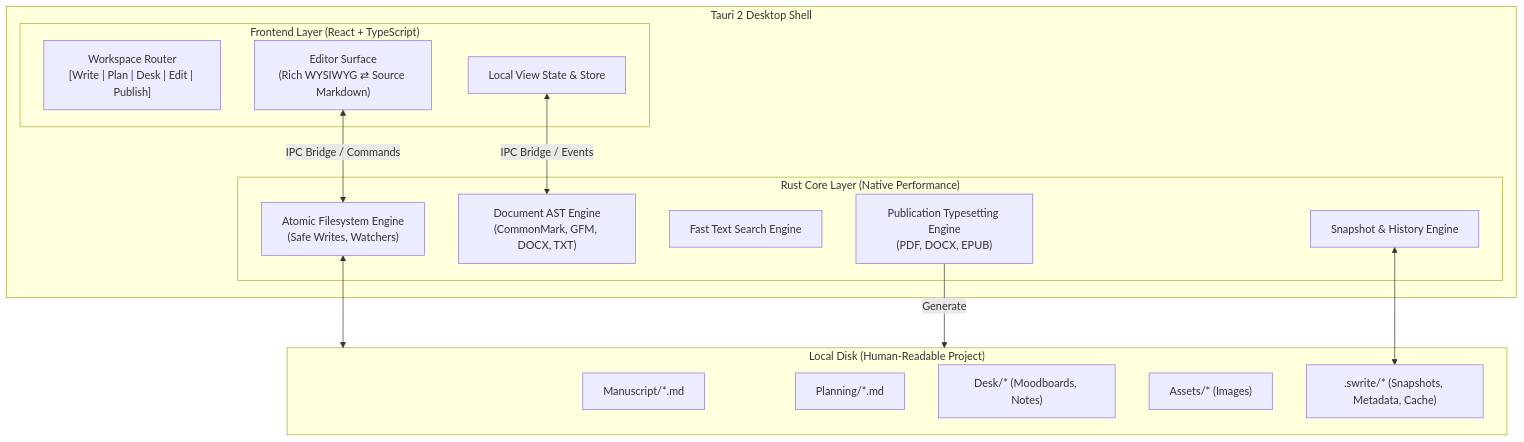
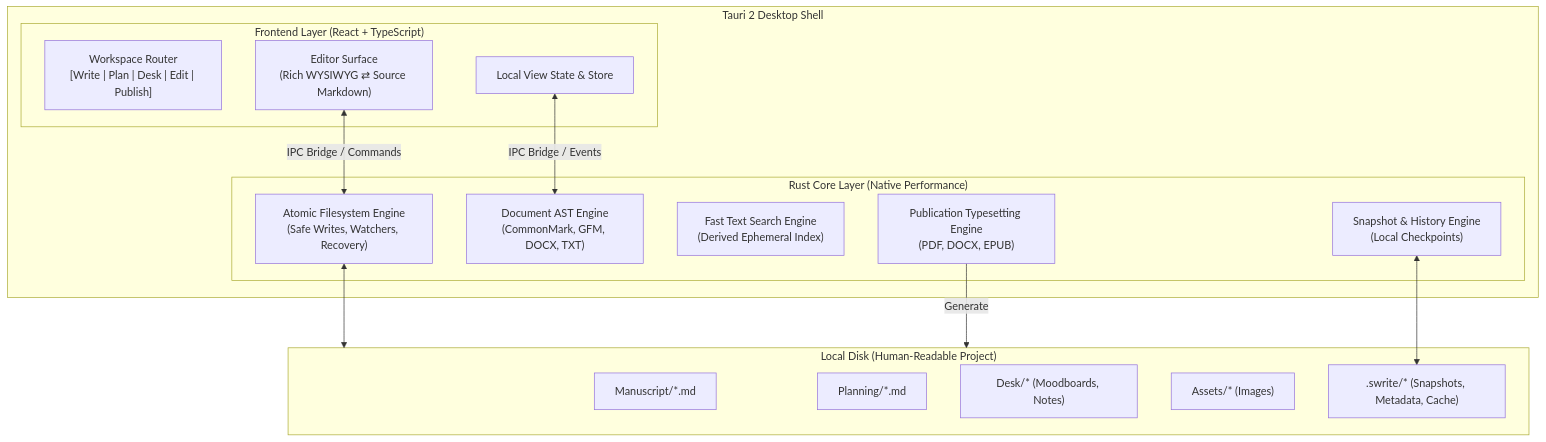
One commit to Sumeet-basfore/Swrite changed the diagram in SWRITE-2-ARCHITECTURAL-DECISIONS.md. Above: the diagram before and after it, drawn with Mermaid. The commit also changed other lines of this file and 5 other files, not shown here.

````diff
--- a/SWRITE-2-ARCHITECTURAL-DECISIONS.md
+++ b/SWRITE-2-ARCHITECTURAL-DECISIONS.md
@@ -13,32 +13,32 @@
 ```mermaid
 flowchart TD
     subgraph DesktopShell["Tauri 2 Desktop Shell"]
         subgraph Frontend["Frontend Layer (React + TypeScript)"]
             UI["Workspace Router<br/>[Write | Plan | Desk | Edit | Publish]"]
             EditorUI["Editor Surface<br/>(Rich WYSIWYG ⇄ Source Markdown)"]
             Store["Local View State & Store"]
         end
 
         subgraph Backend["Rust Core Layer (Native Performance)"]
-            FS["Atomic Filesystem Engine<br/>(Safe Writes, Watchers)"]
+            FS["Atomic Filesystem Engine<br/>(Safe Writes, Watchers, Recovery)"]
             Parser["Document AST Engine<br/>(CommonMark, GFM, DOCX, TXT)"]
-            Search["Fast Text Search Engine"]
-            Snap["Snapshot & History Engine"]
+            Search["Fast Text Search Engine<br/>(Derived Ephemeral Index)"]
+            Snap["Snapshot & History Engine<br/>(Local Checkpoints)"]
             Exporter["Publication Typesetting Engine<br/>(PDF, DOCX, EPUB)"]
         end
     end
 
     subgraph Disk["Local Disk (Human-Readable Project)"]
         Manuscript["Manuscript/*.md"]
         Planning["Planning/*.md"]
         Desk["Desk/* (Moodboards, Notes)"]
         Assets["Assets/* (Images)"]
         Internal[".swrite/* (Snapshots, Metadata, Cache)"]
     end
 
     EditorUI <-->|IPC Bridge / Commands| FS
     Store <-->|IPC Bridge / Events| Parser
     FS <--> Disk
     Snap <--> Internal
     Exporter -->|Generate| Disk
 ```
````
